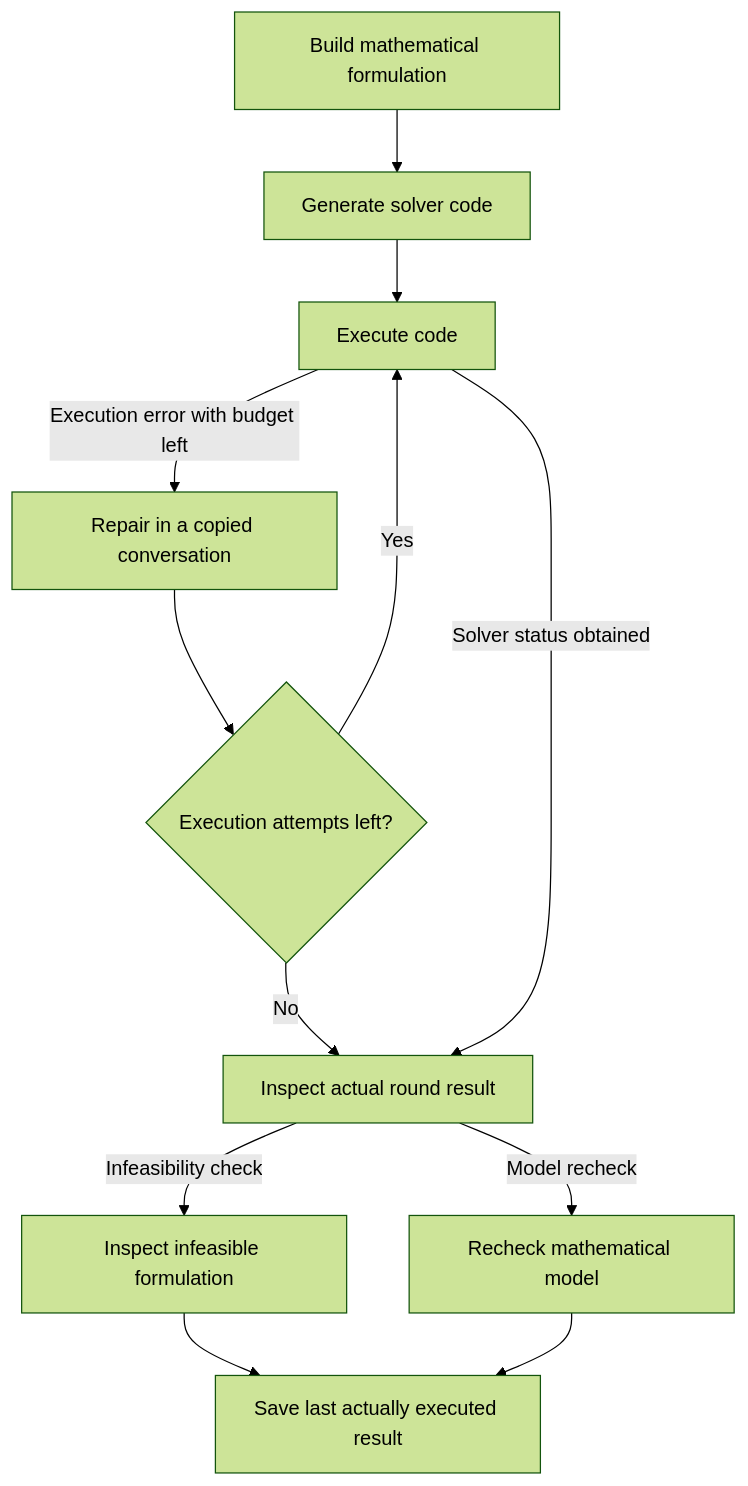
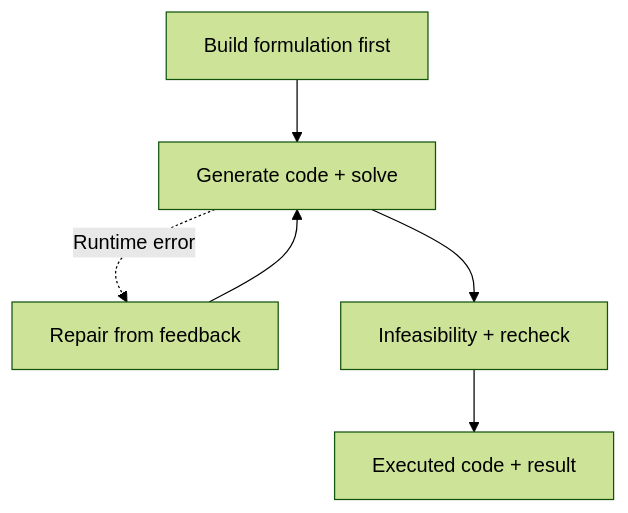
Before and after one commit to Fangziyang0910/LLM4OM: the diagram in website/content/en/or-llm-agent.md, drawn with Mermaid (forest theme). The commit also changed other lines of this file and 231 other files, not shown here.

````diff
--- a/website/content/en/or-llm-agent.md
+++ b/website/content/en/or-llm-agent.md
@@ -11,14 +11,11 @@
 ```mermaid
 flowchart TB
-  Form["Build mathematical formulation"] --> Code["Generate solver code"]
-  Code --> Execute["Execute code"]
-  Execute -->|Execution error with budget left| Fix["Repair in a copied conversation"]
-  Fix --> Attempt{"Execution attempts left?"}
-  Attempt -->|Yes| Execute
-  Attempt -->|No| Round["Inspect actual round result"]
-  Execute -->|Solver status obtained| Round
-  Round -->|Infeasibility check| Infeasible["Inspect infeasible formulation"]
-  Round -->|Model recheck| Recheck["Recheck mathematical model"]
-  Infeasible --> Finish["Save last actually executed result"]
-  Recheck --> Finish
+  Form["Build formulation first"]
+  Execute["Generate code + solve"]
+  Fix["Repair from feedback"]
+  Round["Infeasibility + recheck"]
+  Finish["Executed code + result"]
+  Form --> Execute --> Round --> Finish
+  Execute -.->|Runtime error| Fix
+  Fix --> Execute
 ```
````
